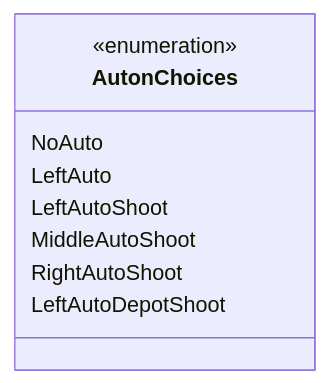
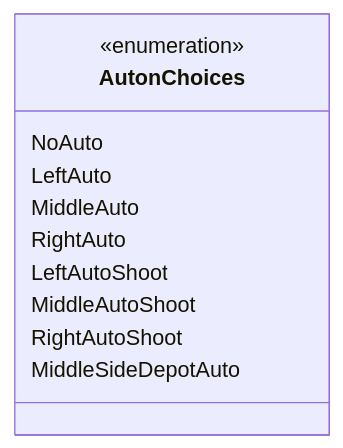
One commit to LakotaRobotics1038/2026RobotProject changed the diagram in src/uml/frc/robot/autons/AutonChoices.mmd. Above: the diagram before and after it, drawn with Mermaid. The commit also changed 14 other files, not shown here.

Commit message:
uml updates

```diff
--- a/src/uml/frc/robot/autons/AutonChoices.mmd
+++ b/src/uml/frc/robot/autons/AutonChoices.mmd
@@ -1,12 +1,14 @@
 classDiagram
   direction LR
 
   class AutonChoices {
     <<enumeration>>
     NoAuto
     LeftAuto
+    MiddleAuto
+    RightAuto
     LeftAutoShoot
     MiddleAutoShoot
     RightAutoShoot
-    LeftAutoDepotShoot
+    MiddleSideDepotAuto
   }
```
